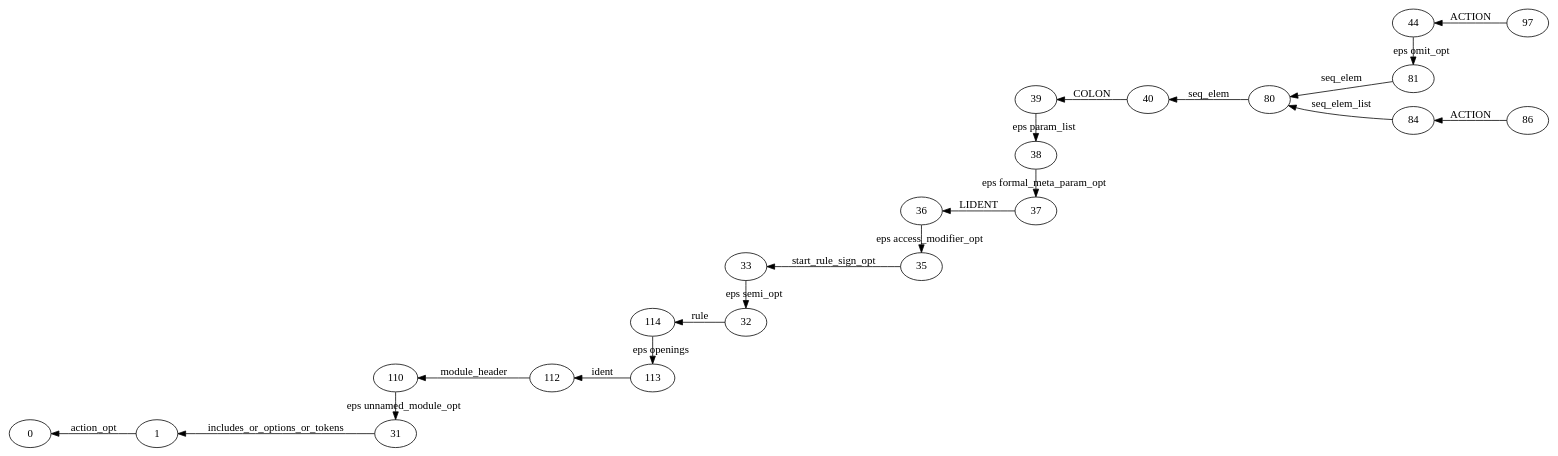
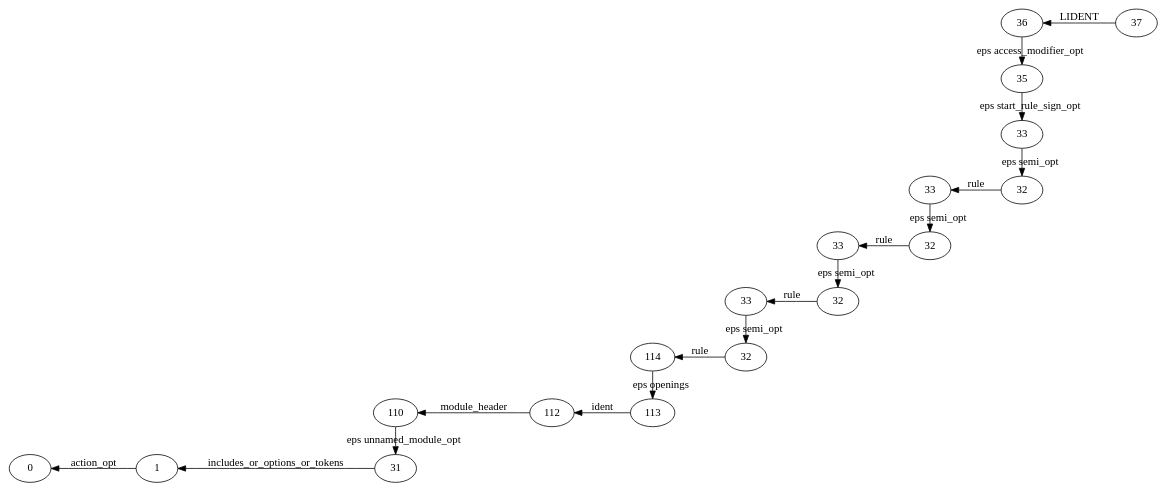
One commit to YaccConstructor/QuickGraph changed the diagram in DotParserProject/DotParserProject/res.dot. Above: the diagram before and after it, drawn with Graphviz. The commit also changed 9 other files, not shown here.

```diff
--- a/DotParserProject/DotParserProject/res.dot
+++ b/DotParserProject/DotParserProject/res.dot
@@ -1,56 +1,48 @@
 digraph GSS {
     rankdir=RL
-    0 [label="97"]
-    1 [label="44"]
-    2 [label="81"]
-    3 [label="80"]
-    4 [label="40"]
-    5 [label="39"]
-    6 [label="38"]
-    7 [label="37"]
-    8 [label="36"]
-    9 [label="35"]
-    10 [label="33"]
-    11 [label="32"]
-    12 [label="114"]
-    13 [label="113"]
-    14 [label="112"]
-    15 [label="110"]
-    16 [label="31"]
-    17 [label="1"]
-    18 [label="0"]
-    17 -> 18 [label="action_opt"]
-    16 -> 17 [label="includes_or_options_or_tokens"]
-    15 -> 16 [label="eps unnamed_module_opt"]
-    14 -> 15 [label="module_header"]
-    13 -> 14 [label="ident"]
-    12 -> 13 [label="eps openings"]
-    11 -> 12 [label="rule"]
-    10 -> 11 [label="eps semi_opt"]
-    9 -> 10 [label="start_rule_sign_opt"]
-    8 -> 9 [label="eps access_modifier_opt"]
-    7 -> 8 [label="LIDENT"]
-    6 -> 7 [label="eps formal_meta_param_opt"]
-    5 -> 6 [label="eps param_list"]
-    4 -> 5 [label="COLON"]
-    3 -> 4 [label="seq_elem"]
-    2 -> 3 [label="seq_elem"]
-    1 -> 2 [label="eps omit_opt"]
-    0 -> 1 [label="ACTION"]
-    19 [label="86"]
-    20 [label="84"]
-    20 -> 3 [label="seq_elem_list"]
-    19 -> 20 [label="ACTION"]
-    {rank=same; 19 0}
-    {rank=same; 20 2 1}
-    {rank=same; 3}
-    {rank=same; 4}
-    {rank=same; 7 6 5}
-    {rank=same; 9 8}
-    {rank=same; 11 10}
-    {rank=same; 13 12}
-    {rank=same; 14}
-    {rank=same; 16 15}
+    0 [label="37"]
+    1 [label="36"]
+    2 [label="35"]
+    3 [label="33"]
+    4 [label="32"]
+    5 [label="33"]
+    6 [label="32"]
+    7 [label="33"]
+    8 [label="32"]
+    9 [label="33"]
+    10 [label="32"]
+    11 [label="114"]
+    12 [label="113"]
+    13 [label="112"]
+    14 [label="110"]
+    15 [label="31"]
+    16 [label="1"]
+    17 [label="0"]
+    16 -> 17 [label="action_opt"]
+    15 -> 16 [label="includes_or_options_or_tokens"]
+    14 -> 15 [label="eps unnamed_module_opt"]
+    13 -> 14 [label="module_header"]
+    12 -> 13 [label="ident"]
+    11 -> 12 [label="eps openings"]
+    10 -> 11 [label="rule"]
+    9 -> 10 [label="eps semi_opt"]
+    8 -> 9 [label="rule"]
+    7 -> 8 [label="eps semi_opt"]
+    6 -> 7 [label="rule"]
+    5 -> 6 [label="eps semi_opt"]
+    4 -> 5 [label="rule"]
+    3 -> 4 [label="eps semi_opt"]
+    2 -> 3 [label="eps start_rule_sign_opt"]
+    1 -> 2 [label="eps access_modifier_opt"]
+    0 -> 1 [label="LIDENT"]
+    {rank=same; 0}
+    {rank=same; 4 3 2 1}
+    {rank=same; 6 5}
+    {rank=same; 8 7}
+    {rank=same; 10 9}
+    {rank=same; 12 11}
+    {rank=same; 13}
+    {rank=same; 15 14}
+    {rank=same; 16}
     {rank=same; 17}
-    {rank=same; 18}
 }
```
